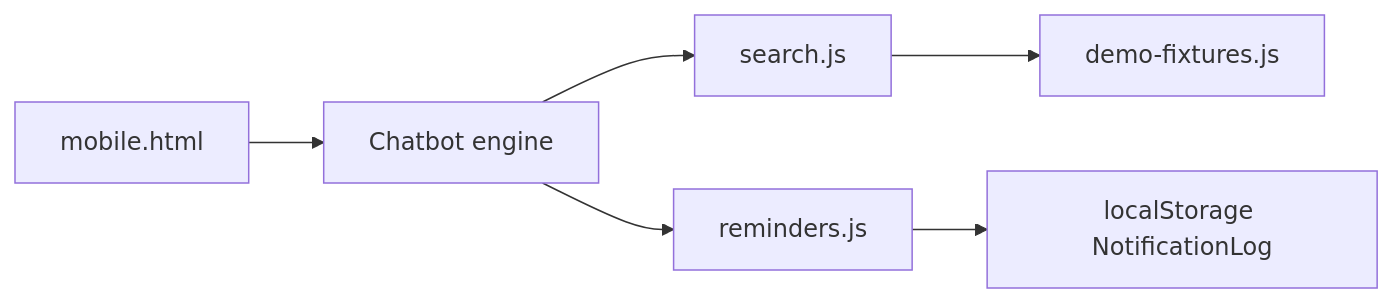
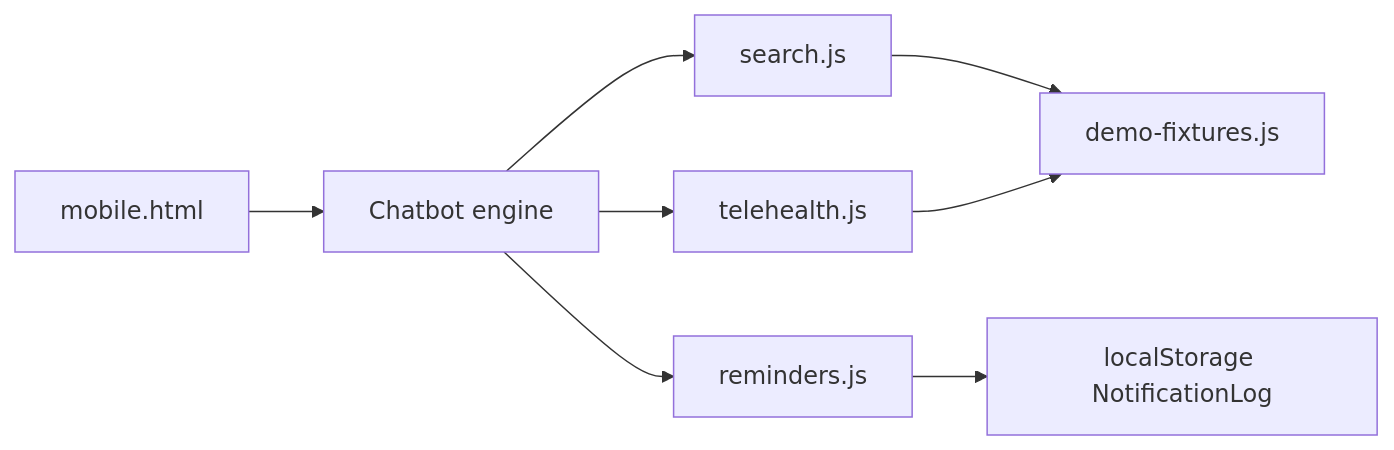
One commit to acollant/team06-Medical-Appointment-Coordination changed the eighth of 9 diagrams in docs/ARCHITECTURE.md. Above: the diagram before and after it, drawn with Mermaid. The commit also changed other lines of this file and 12 other files, not shown here.

````diff
--- a/docs/ARCHITECTURE.md
+++ b/docs/ARCHITECTURE.md
@@ -281,8 +358,10 @@
 ```mermaid
 flowchart LR
   Mobile[mobile.html] --> Chat[Chatbot engine]
   Chat --> Search[search.js]
+  Chat --> Telehealth[telehealth.js]
   Chat --> Reminders[reminders.js]
   Search --> Fixtures[demo-fixtures.js]
+  Telehealth --> Fixtures
   Reminders --> LocalStore[localStorage NotificationLog]
 ```
````
